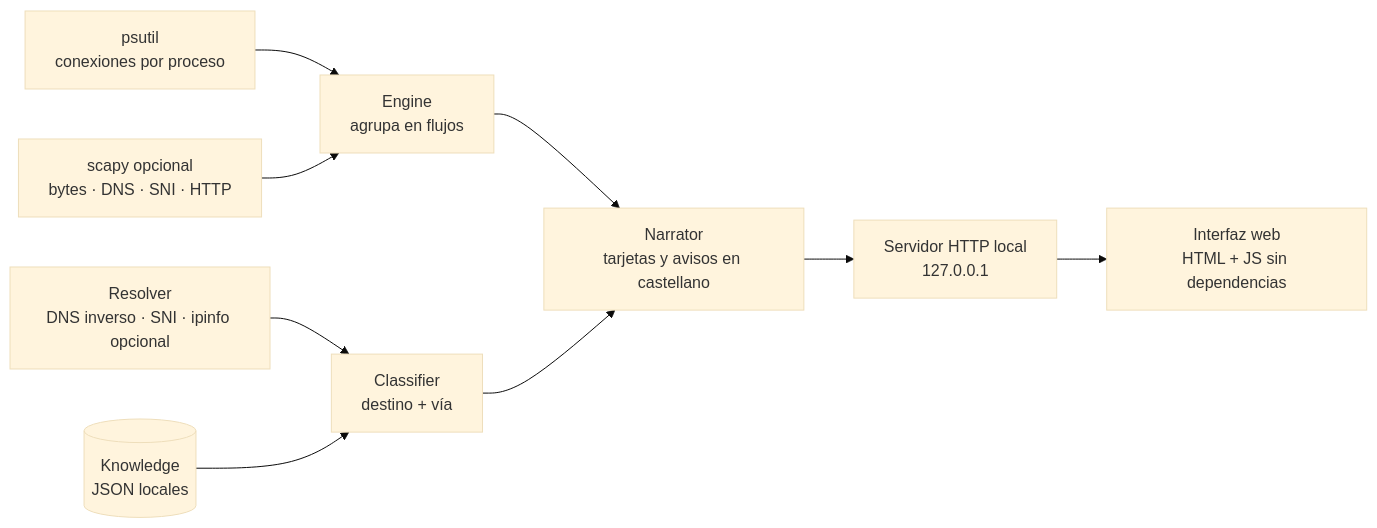
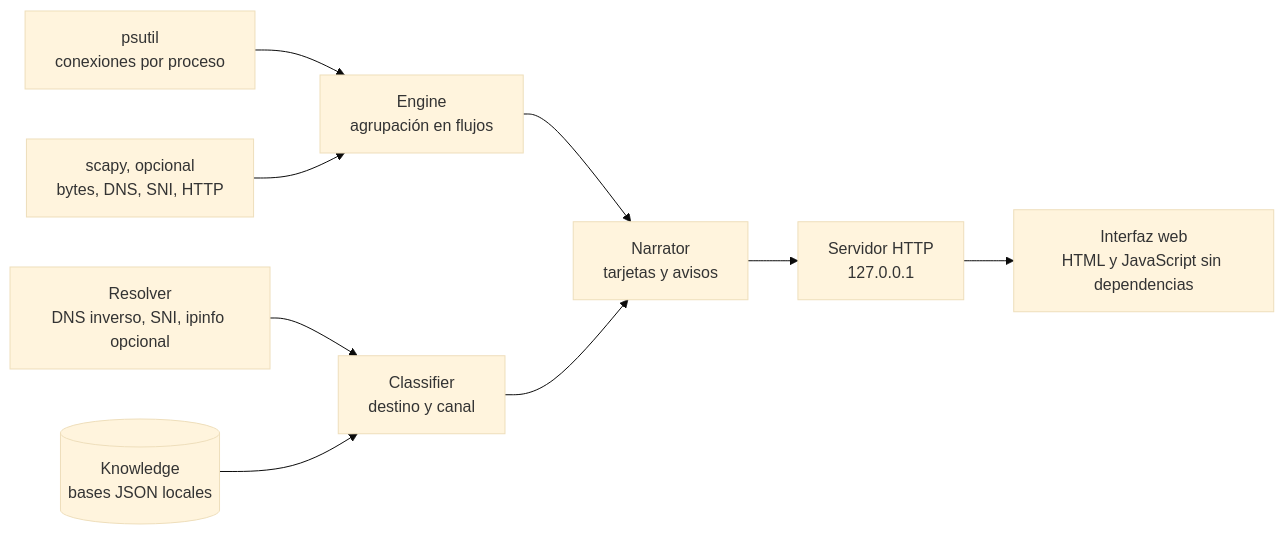
One commit to pablomtz-ti/cartero changed the diagram in README.md. Above: the diagram before and after it, drawn with Mermaid (base theme). The commit also changed other lines of this file, not shown here.

````diff
--- a/README.md
+++ b/README.md
@@ -101,11 +92,11 @@
 ```mermaid
 flowchart LR
     A[psutil<br/>conexiones por proceso] --> E
-    B[scapy opcional<br/>bytes · DNS · SNI · HTTP] --> E
-    E[Engine<br/>agrupa en flujos] --> N
-    R[Resolver<br/>DNS inverso · SNI · ipinfo opcional] --> C
-    K[(Knowledge<br/>JSON locales)] --> C
-    C[Classifier<br/>destino + vía] --> N
-    N[Narrator<br/>tarjetas y avisos en castellano] --> S[Servidor HTTP local<br/>127.0.0.1]
-    S --> UI[Interfaz web<br/>HTML + JS sin dependencias]
+    B[scapy, opcional<br/>bytes, DNS, SNI, HTTP] --> E
+    E[Engine<br/>agrupación en flujos] --> N
+    R[Resolver<br/>DNS inverso, SNI, ipinfo opcional] --> C
+    K[(Knowledge<br/>bases JSON locales)] --> C
+    C[Classifier<br/>destino y canal] --> N
+    N[Narrator<br/>tarjetas y avisos] --> S[Servidor HTTP<br/>127.0.0.1]
+    S --> UI[Interfaz web<br/>HTML y JavaScript sin dependencias]
 ```
````
